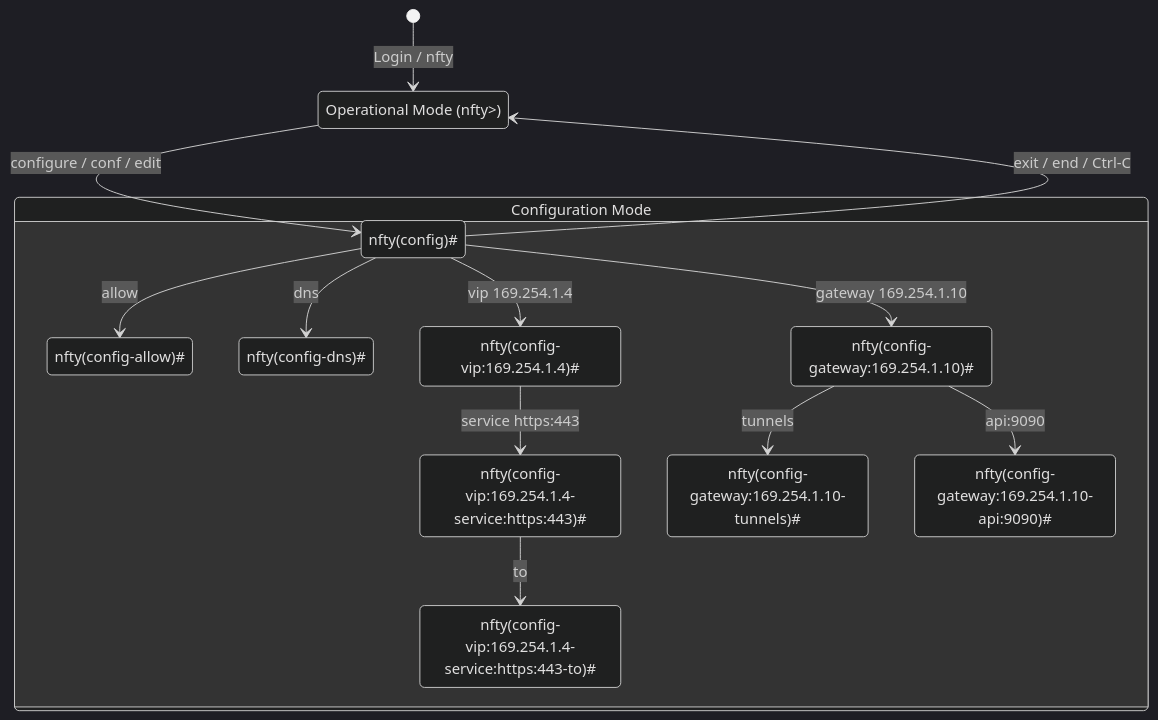
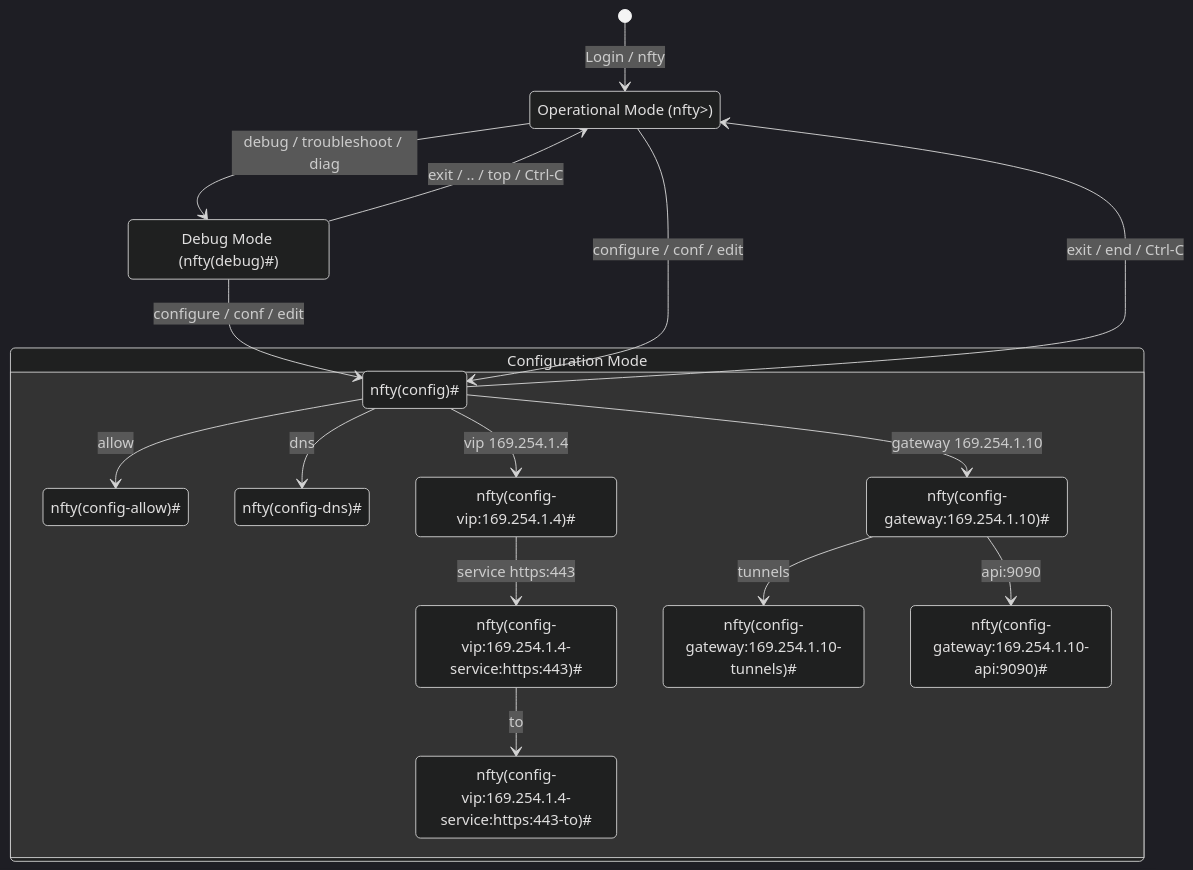
One commit to grsmith-projects/nfty changed the first of 2 diagrams in docs/interactive-cli-and-tui.md. Above: the diagram before and after it, drawn with Mermaid (dark theme). The commit also changed other lines of this file and 22 other files, not shown here.

Commit message:
v0.5.0: post-quantum SSH, config-driven IPs, debug mode, and no default :9090 API

````diff
--- a/docs/interactive-cli-and-tui.md
+++ b/docs/interactive-cli-and-tui.md
@@ -59,28 +59,32 @@
 ```mermaid
 stateDiagram-v2
     [*] --> Operational: Login / nfty
+    Operational --> DebugMode: debug / troubleshoot / diag
+    DebugMode --> Operational: exit / .. / top / Ctrl-C
+    DebugMode --> ConfigRoot: configure / conf / edit
     Operational --> ConfigRoot: configure / conf / edit
     ConfigRoot --> Operational: exit / end / Ctrl-C
     
     state "Operational Mode (nfty>)" as Operational
+    state "Debug Mode (nfty(debug)#)" as DebugMode
     state "Configuration Mode" as ConfigMode {
         ConfigRoot: nfty(config)#
         AllowCtx: nfty(config-allow)#
         DnsCtx: nfty(config-dns)#
         VipCtx: nfty(config-vip:169.254.1.4)#
         VipSvcCtx: nfty(config-vip:169.254.1.4-service:https:443)#
         VipSvcToCtx: nfty(config-vip:169.254.1.4-service:https:443-to)#
         GwCtx: nfty(config-gateway:169.254.1.10)#
         GwTunCtx: nfty(config-gateway:169.254.1.10-tunnels)#
         GwApiCtx: nfty(config-gateway:169.254.1.10-api:9090)#
 
         ConfigRoot --> AllowCtx: allow
         ConfigRoot --> DnsCtx: dns
         ConfigRoot --> VipCtx: vip 169.254.1.4
         VipCtx --> VipSvcCtx: service https:443
         VipSvcCtx --> VipSvcToCtx: to
         ConfigRoot --> GwCtx: gateway 169.254.1.10
         GwCtx --> GwTunCtx: tunnels
         GwCtx --> GwApiCtx: api:9090
     }
 ```
````
